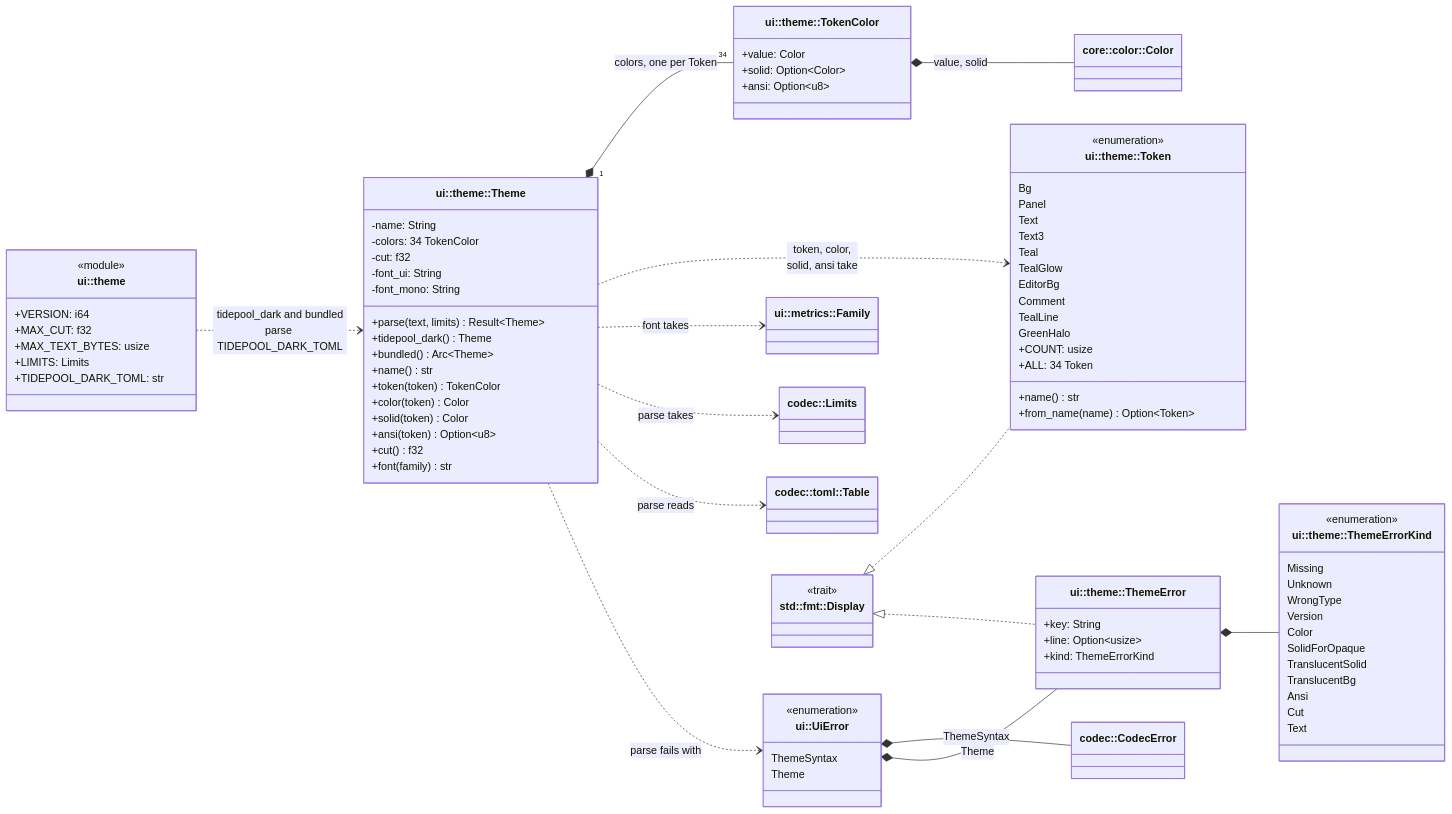
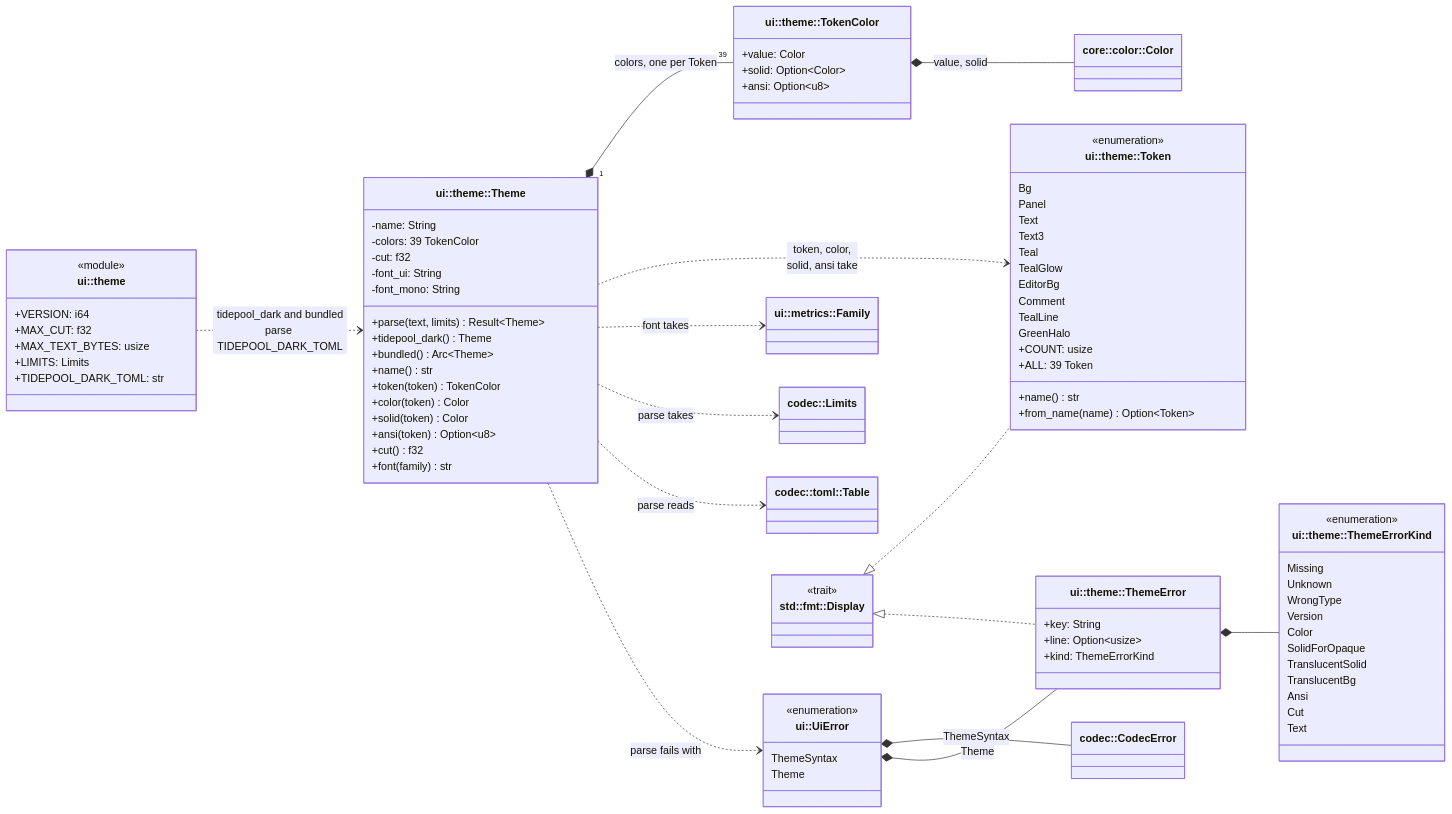
Diagram 45 of 49 in diagrams/class-diagrams.md (jabbott-iii/Tidepool), drawn with Mermaid before and after one commit. The commit also changed other lines of this file and 55 other files, not shown here.

```diff
--- a/diagrams/class-diagrams.md
+++ b/diagrams/class-diagrams.md
@@ -4050,7 +4057,7 @@
     }
     class Theme["ui::theme::Theme"] {
         -name: String
-        -colors: 34 TokenColor
+        -colors: 39 TokenColor
         -cut: f32
         -font_ui: String
         -font_mono: String
@@ -4078,7 +4085,7 @@
         TealLine
         GreenHalo
         +COUNT: usize
-        +ALL: 34 Token
+        +ALL: 39 Token
         +name() str
         +from_name(name) Option~Token~
     }
@@ -4120,7 +4127,7 @@
         <<trait>>
     }
 
-    Theme "1" *-- "34" TokenColor : colors, one per Token
+    Theme "1" *-- "39" TokenColor : colors, one per Token
     TokenColor *-- Color : value, solid
     Theme ..> Token : token, color,<br/>solid, ansi take
     Theme ..> Family : font takes
```
